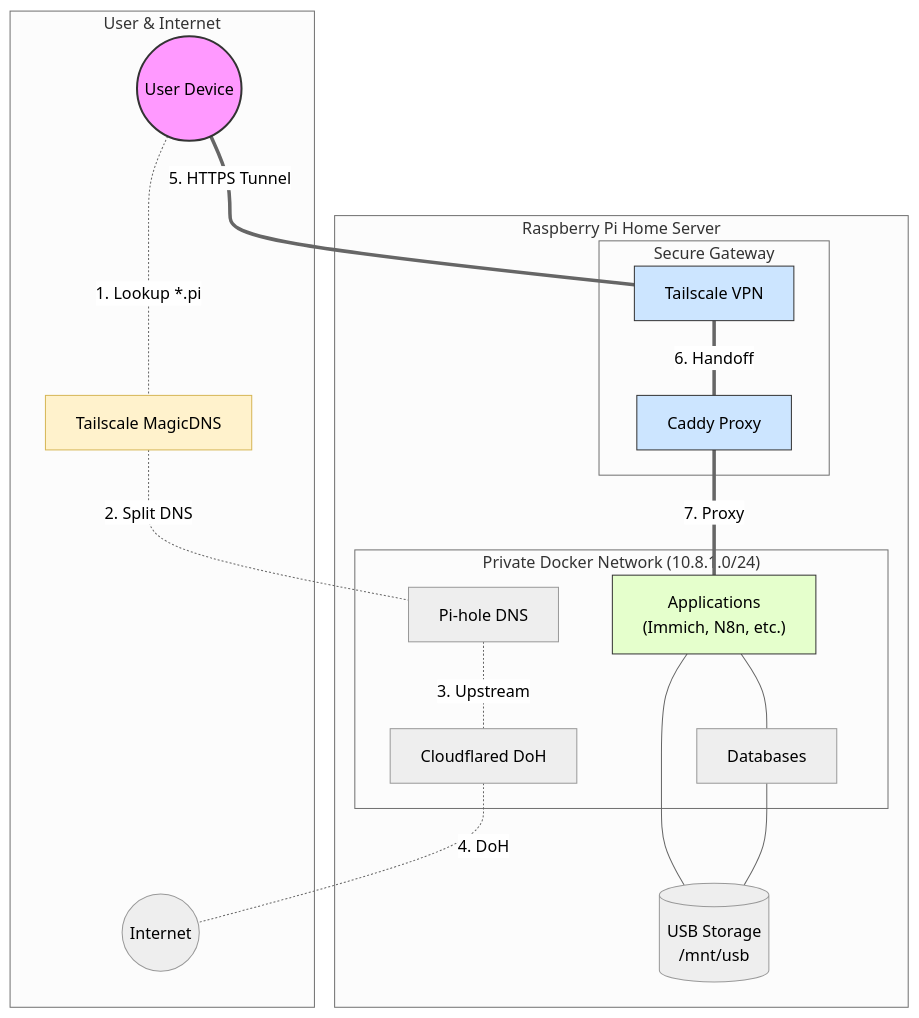
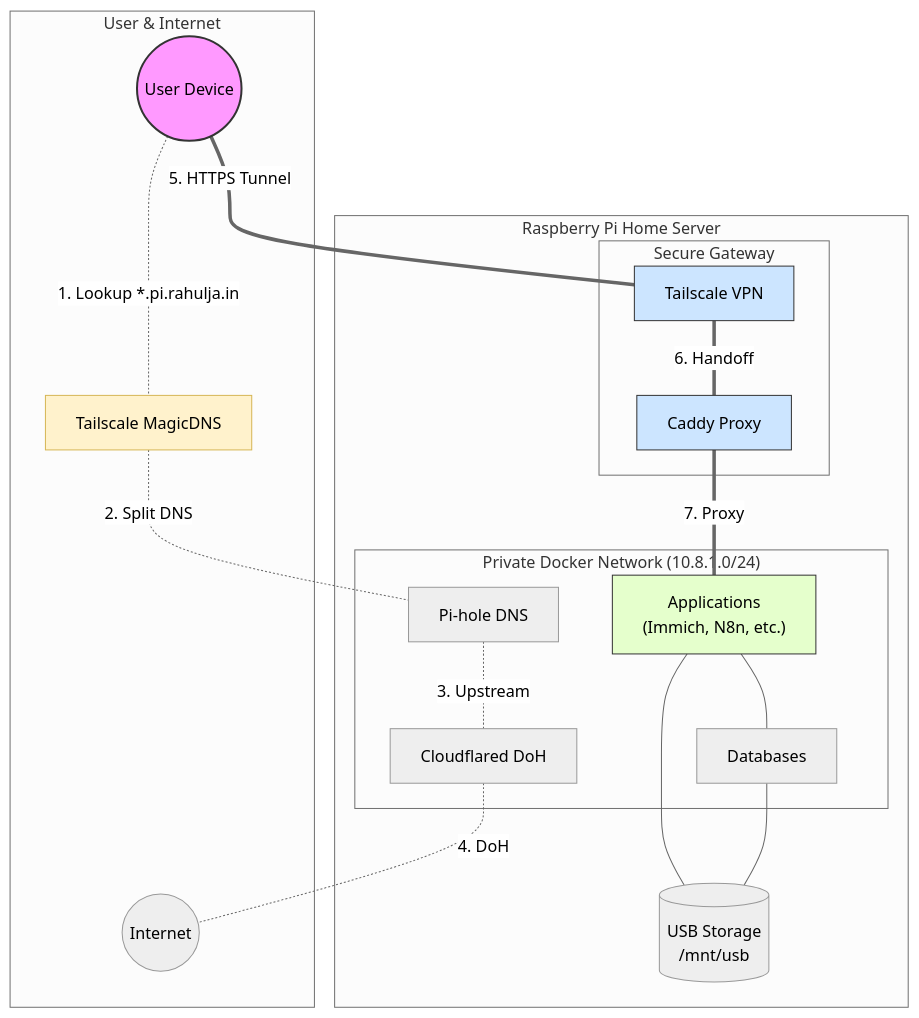
Before and after one commit to xRahul/Pi-setup: the diagram in README.md, drawn with Mermaid (neutral theme).

Commit message:
docs: update DNS lookup label to use full domain

````diff
--- a/README.md
+++ b/README.md
@@ -19,52 +19,52 @@
 ```mermaid
 graph TD
     %% --- Clients & External ---
     subgraph Remote ["User & Internet"]
         user((User Device))
         magicdns[Tailscale MagicDNS]
         internet((Internet))
     end
 
     %% --- The Server ---
     subgraph Server ["Raspberry Pi Home Server"]
         
         %% Entry Point
         subgraph Gateway ["Secure Gateway"]
             ts[Tailscale VPN]
             caddy[Caddy Proxy]
         end
 
         %% Internal Network
         subgraph Internal ["Private Docker Network (10.8.1.0/24)"]
             pihole[Pi-hole DNS]
             cloudflared[Cloudflared DoH]
             apps["Applications<br/>(Immich, N8n, etc.)"]
             db[Databases]
         end
         
         storage[("USB Storage<br/>/mnt/usb")]
     end
 
     %% --- FLOW 1: DNS Resolution (Dotted) ---
-    user -.-|1. Lookup *.pi| magicdns
+    user -.-|1. Lookup *.pi.rahulja.in| magicdns
     magicdns -.-|2. Split DNS| pihole
     pihole -.-|3. Upstream| cloudflared
     cloudflared -.-|4. DoH| internet
 
     %% --- FLOW 2: Secure Access (Solid / Thick) ---
     user ===|5. HTTPS Tunnel| ts
     ts ===|6. Handoff| caddy
     caddy ===|7. Proxy| apps
 
     %% --- Dependencies ---
     apps --- db
     apps --- storage
     db --- storage
 
     %% --- Styling ---
     style user fill:#f9f,stroke:#333,stroke-width:2px
     style magicdns fill:#fff2cc,stroke:#d6b656
     style ts fill:#cce5ff,stroke:#333
     style caddy fill:#cce5ff,stroke:#333
     style apps fill:#e5ffcc,stroke:#333
 ```
````
